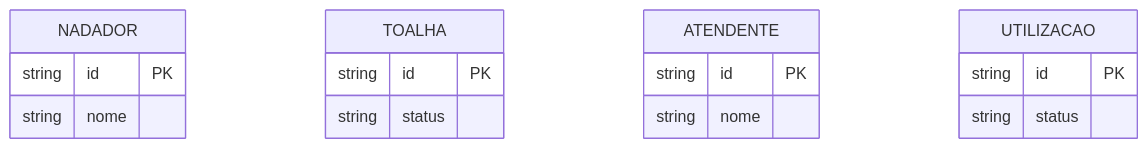
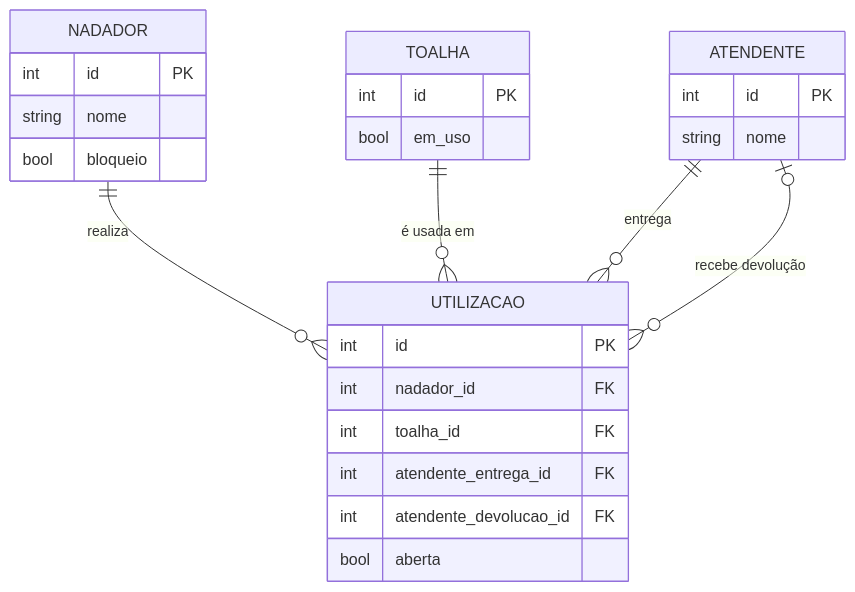
The first of 2 diagrams in README.md (ryannrichard/Projeto-Nado-Livre), drawn with Mermaid before and after one commit. The commit also changed other lines of this file and 27 other files, not shown here.

````diff
--- a/README.md
+++ b/README.md
@@ -22,22 +56,32 @@
 ```mermaid
 erDiagram
+    NADADOR ||--o{ UTILIZACAO : realiza
+    TOALHA ||--o{ UTILIZACAO : "é usada em"
+    ATENDENTE ||--o{ UTILIZACAO : entrega
+    ATENDENTE |o--o{ UTILIZACAO : "recebe devolução"
+
     NADADOR {
-        string id PK
+        int id PK
         string nome
+        bool bloqueio
     }
 
     TOALHA {
-        string id PK
-        string status
+        int id PK
+        bool em_uso
     }
 
     ATENDENTE {
-        string id PK
+        int id PK
         string nome
     }
 
     UTILIZACAO {
-        string id PK
-        string status
+        int id PK
+        int nadador_id FK
+        int toalha_id FK
+        int atendente_entrega_id FK
+        int atendente_devolucao_id FK
+        bool aberta
     }
 ```
````
